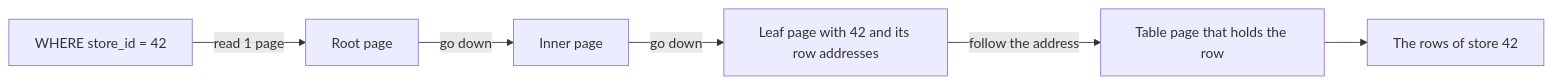
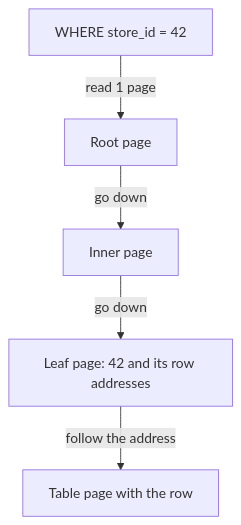
One commit to starjustice/research-material changed the first of 5 diagrams in learn/database/09-indexes-and-b-trees.md. Above: the diagram before and after it, drawn with Mermaid. The commit also changed other lines of this file, not shown here.

````diff
--- a/learn/database/09-indexes-and-b-trees.md
+++ b/learn/database/09-indexes-and-b-trees.md
@@ -26,8 +17,7 @@
 ```mermaid
-graph LR
+graph TB
     Q["WHERE store_id = 42"] -->|read 1 page| R["Root page"]
     R -->|go down| I["Inner page"]
-    I -->|go down| L["Leaf page with 42 and its row addresses"]
-    L -->|follow the address| T["Table page that holds the row"]
-    T --> A["The rows of store 42"]
+    I -->|go down| L["Leaf page: 42 and its row addresses"]
+    L -->|follow the address| T["Table page with the row"]
 ```
````
